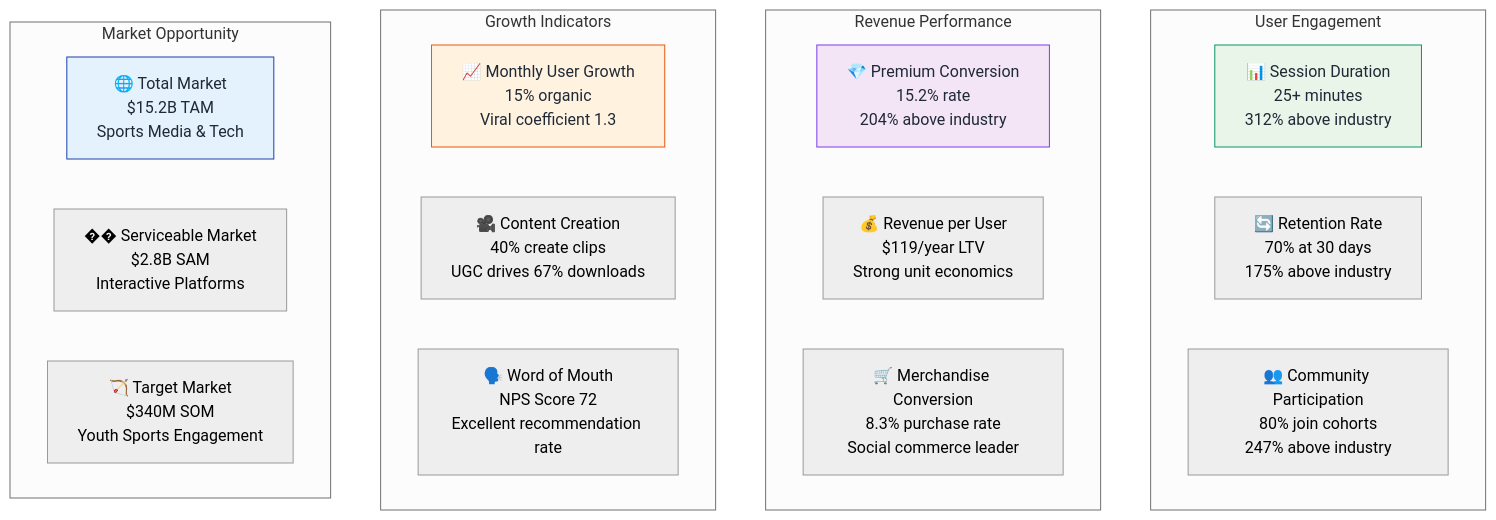
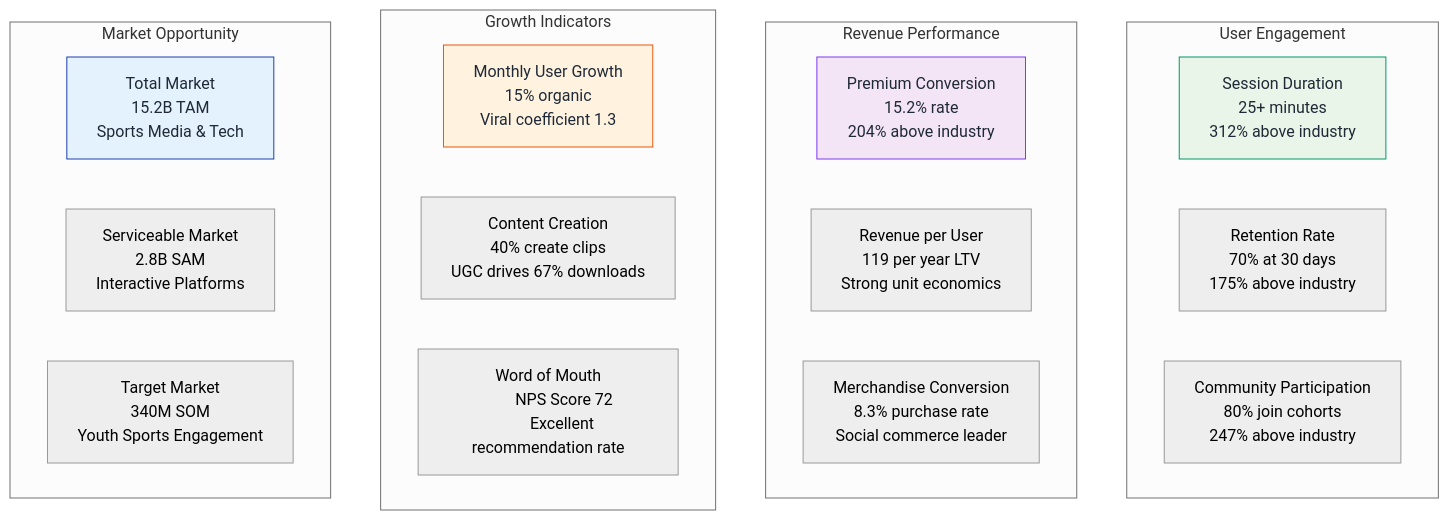
The ninth of 9 diagrams in docs/investor-flows.md (SkaFld-Ignite/ref-u-wireframes), drawn with Mermaid (neutral theme) before and after one commit. The commit also changed other lines of this file, not shown here.

Commit message:
Fix Mermaid parse error: Remove HTML tags and special characters causing parsing issues

````diff
--- a/docs/investor-flows.md
+++ b/docs/investor-flows.md
@@ -379,31 +400,55 @@
 ```mermaid
 graph TB
     subgraph "User Engagement"
-        A1["📊 Session Duration<br/>25+ minutes<br/>312% above industry"]
-        A2["🔄 Retention Rate<br/>70% at 30 days<br/>175% above industry"]
-        A3["👥 Community Participation<br/>80% join cohorts<br/>247% above industry"]
+        A1["Session Duration
+        25+ minutes
+        312% above industry"]
+        A2["Retention Rate
+        70% at 30 days
+        175% above industry"]
+        A3["Community Participation
+        80% join cohorts
+        247% above industry"]
     end
     
     subgraph "Revenue Performance"
-        B1["💎 Premium Conversion<br/>15.2% rate<br/>204% above industry"]
-        B2["💰 Revenue per User<br/>$119/year LTV<br/>Strong unit economics"]
-        B3["🛒 Merchandise Conversion<br/>8.3% purchase rate<br/>Social commerce leader"]
+        B1["Premium Conversion
+        15.2% rate
+        204% above industry"]
+        B2["Revenue per User
+        119 per year LTV
+        Strong unit economics"]
+        B3["Merchandise Conversion
+        8.3% purchase rate
+        Social commerce leader"]
     end
     
     subgraph "Growth Indicators"
-        C1["📈 Monthly User Growth<br/>15% organic<br/>Viral coefficient 1.3"]
-        C2["🎥 Content Creation<br/>40% create clips<br/>UGC drives 67% downloads"]
-        C3["🗣️ Word of Mouth<br/>NPS Score 72<br/>Excellent recommendation rate"]
+        C1["Monthly User Growth
+        15% organic
+        Viral coefficient 1.3"]
+        C2["Content Creation
+        40% create clips
+        UGC drives 67% downloads"]
+        C3["Word of Mouth
+        NPS Score 72
+        Excellent recommendation rate"]
     end
     
     subgraph "Market Opportunity"
-        D1["🌐 Total Market<br/>$15.2B TAM<br/>Sports Media & Tech"]
-        D2["�� Serviceable Market<br/>$2.8B SAM<br/>Interactive Platforms"]
-        D3["🏹 Target Market<br/>$340M SOM<br/>Youth Sports Engagement"]
+        D1["Total Market
+        15.2B TAM
+        Sports Media & Tech"]
+        D2["Serviceable Market
+        2.8B SAM
+        Interactive Platforms"]
+        D3["Target Market
+        340M SOM
+        Youth Sports Engagement"]
     end
     
     style A1 fill:#e8f5e8,stroke:#059669,color:#1f2937
     style B1 fill:#f3e5f5,stroke:#7c3aed,color:#1f2937
     style C1 fill:#fff3e0,stroke:#ea580c,color:#1f2937
     style D1 fill:#e3f2fd,stroke:#1e40af,color:#1f2937
 ```
````
